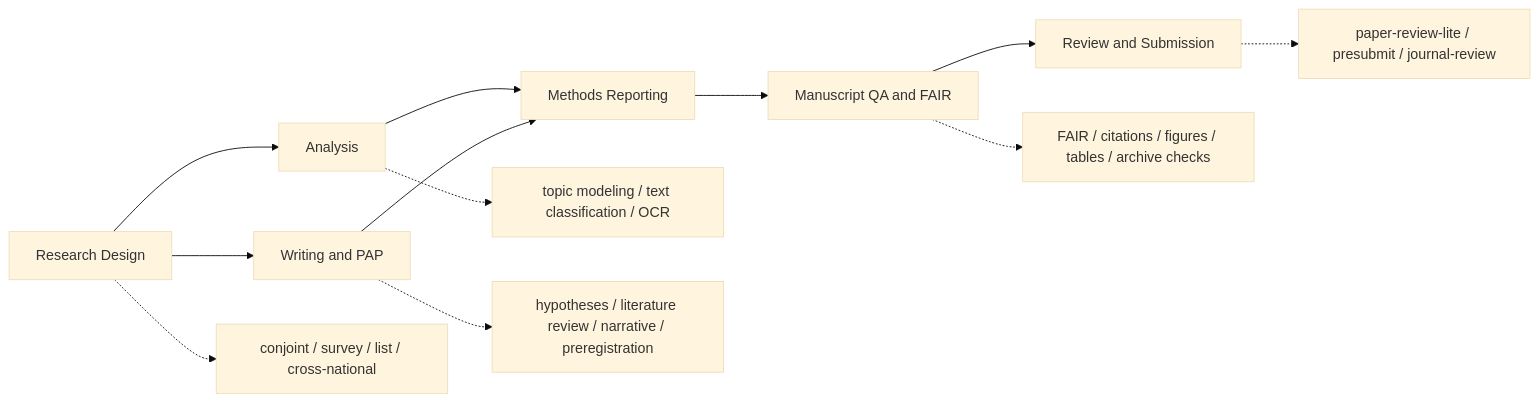
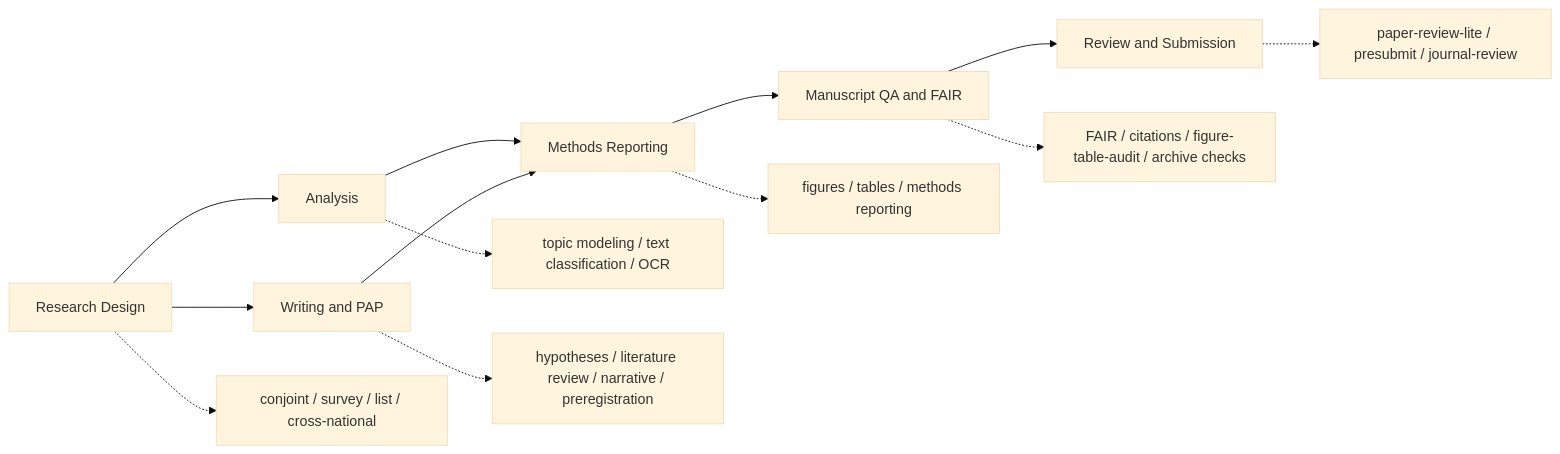
Before and after one commit to scdenney/open-science-skills: the diagram in README.md, drawn with Mermaid (base theme). The commit also changed other lines of this file and 31 other files, not shown here.

First line of the commit message:
v2.0.0 — Add figures + tables skills, rename plugin to oss

````diff
--- a/README.md
+++ b/README.md
@@ -23,15 +23,16 @@
 ```mermaid
 flowchart LR
     A[Research Design] --> B[Analysis]
     A --> C[Writing and PAP]
     B --> D[Methods Reporting]
     C --> D
     D --> E[Manuscript QA and FAIR]
     E --> F[Review and Submission]
 
     A -.-> A1[conjoint / survey / list / cross-national]
     B -.-> B1[topic modeling / text classification / OCR]
     C -.-> C1[hypotheses / literature review / narrative / preregistration]
-    E -.-> E1[FAIR / citations / figures / tables / archive checks]
+    D -.-> D1[figures / tables / methods reporting]
+    E -.-> E1[FAIR / citations / figure-table-audit / archive checks]
     F -.-> F1[paper-review-lite / presubmit / journal-review]
 ```
````
